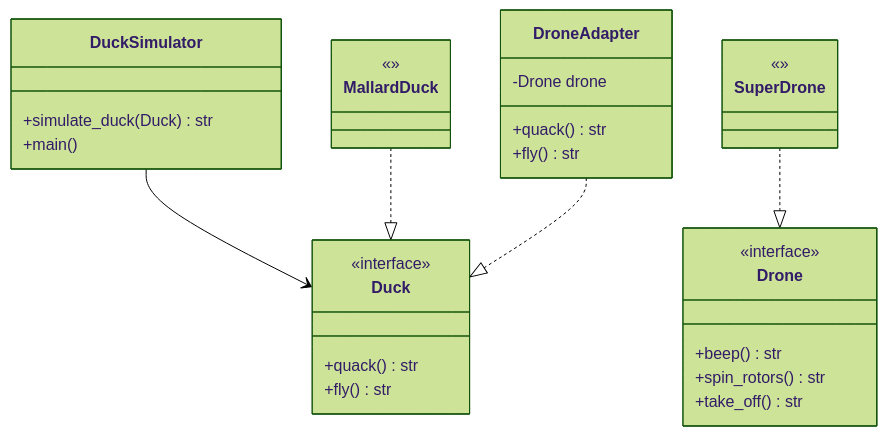
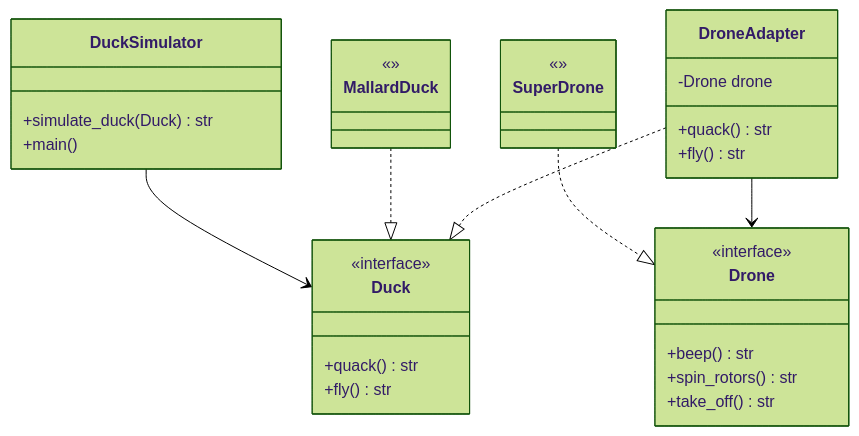
Before and after one commit to kvin007/test_readme: the diagram in SOLUTION2.md, drawn with Mermaid (forest theme). The commit also changed other lines of this file, not shown here.

````diff
--- a/SOLUTION2.md
+++ b/SOLUTION2.md
@@ -21,36 +21,37 @@
 ```mermaid
 classDiagram
 class DuckSimulator {
     +simulate_duck(Duck) str
     +main()
 }
 class Duck {
     <<interface>>
     +quack() str
     +fly() str
 }
 class MallardDuck {
     <<>>
 }
 
 class Drone {
     <<interface>>
     +beep() str
     +spin_rotors() str
     +take_off() str
 }
 class SuperDrone {
     <<>>
 }
 
 class DroneAdapter
 DroneAdapter : -Drone  drone
 DroneAdapter :  +quack() str
 DroneAdapter :  +fly() str
 
 
 DuckSimulator --> Duck
 MallardDuck ..|> Duck
 SuperDrone ..|> Drone
 DroneAdapter ..|> Duck
+DroneAdapter -->  Drone
 ```
````
